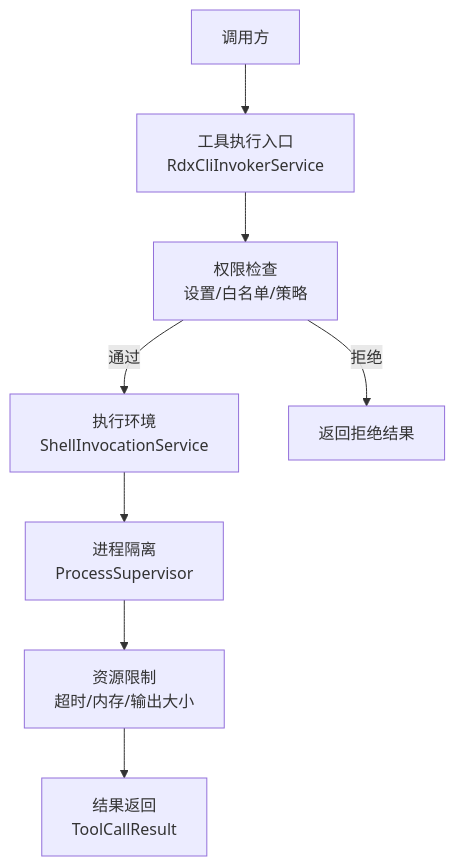
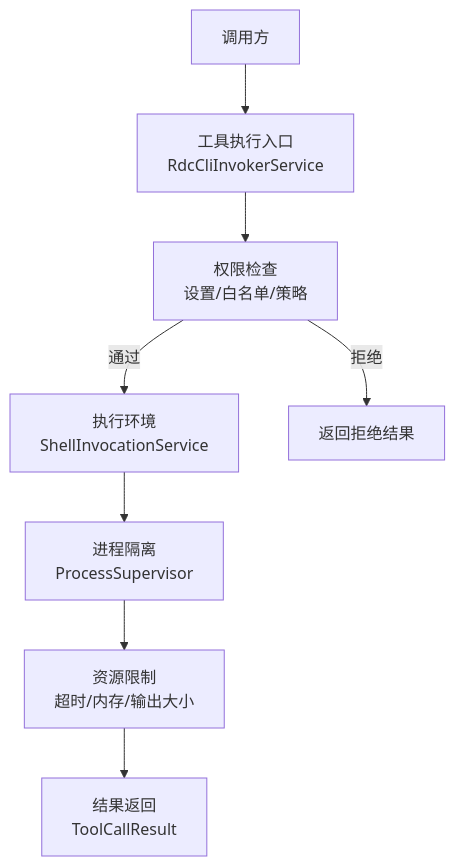
One commit to haolange/RDC-Agent changed the ninth of 9 diagrams in .qoder/repowiki/zh/content/架构设计/主进程架构/工具执行系统.md. Above: the diagram before and after it, drawn with Mermaid. The commit also changed other lines of this file and 557 other files, not shown here.

````diff
--- a/.qoder/repowiki/zh/content/架构设计/主进程架构/工具执行系统.md
+++ b/.qoder/repowiki/zh/content/架构设计/主进程架构/工具执行系统.md
@@ -362,10 +362,10 @@
 ```mermaid
 flowchart TD
-A["调用方"] --> B["工具执行入口<br/>RdxCliInvokerService"]
+A["调用方"] --> B["工具执行入口<br/>RdcCliInvokerService"]
 B --> C["权限检查<br/>设置/白名单/策略"]
 C --> |通过| D["执行环境<br/>ShellInvocationService"]
 C --> |拒绝| E["返回拒绝结果"]
 D --> F["进程隔离<br/>ProcessSupervisor"]
 F --> G["资源限制<br/>超时/内存/输出大小"]
 G --> H["结果返回<br/>ToolCallResult"]
 ```
````
